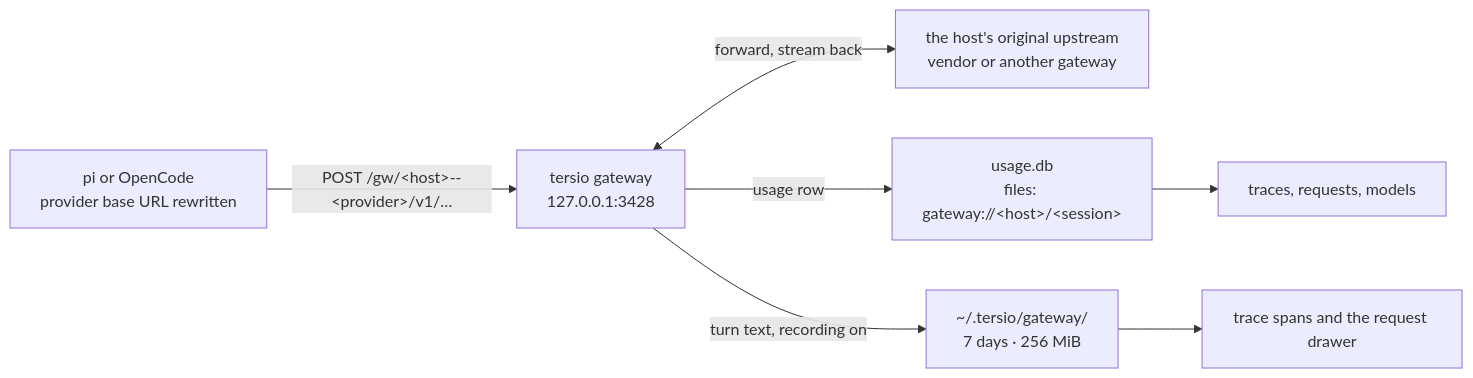
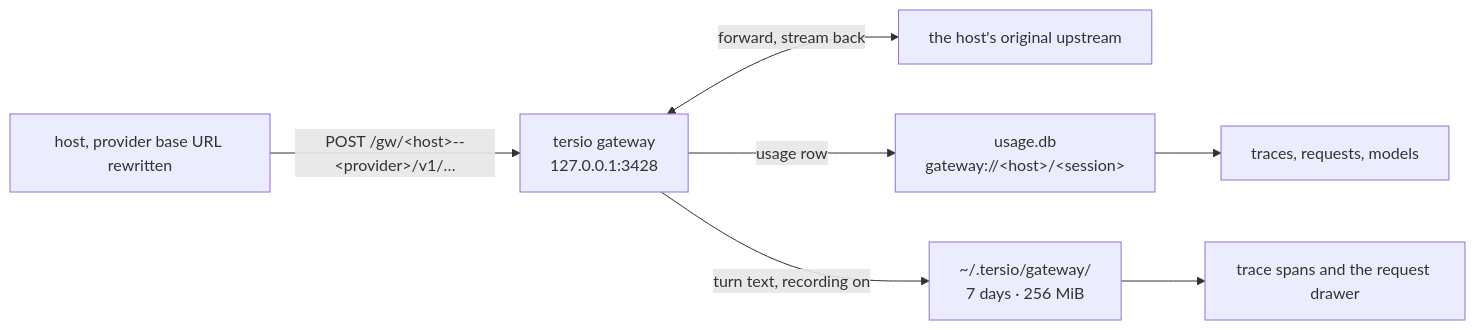
One commit to FrancoStino/tersio changed the ninth of 9 diagrams in docs/ARCHITECTURE.md. Above: the diagram before and after it, drawn with Mermaid. The commit also changed other lines of this file and 2 other files, not shown here.

Commit message:
docs: describe the gateway without naming hosts

````diff
--- a/docs/ARCHITECTURE.md
+++ b/docs/ARCHITECTURE.md
@@ -273,9 +273,9 @@
 ```mermaid
 flowchart LR
-  HOST["pi or OpenCode<br/>provider base URL rewritten"] -->|"POST /gw/&lt;host&gt;--&lt;provider&gt;/v1/…"| GW["tersio gateway<br/>127.0.0.1:3428"]
-  GW <-->|"forward, stream back"| UP["the host's original upstream<br/>vendor or another gateway"]
-  GW -->|"usage row"| DB["usage.db<br/>files: gateway://&lt;host&gt;/&lt;session&gt;"]
+  HOST["host, provider base URL rewritten"] -->|"POST /gw/&lt;host&gt;--&lt;provider&gt;/v1/…"| GW["tersio gateway<br/>127.0.0.1:3428"]
+  GW <-->|"forward, stream back"| UP["the host's original upstream"]
+  GW -->|"usage row"| DB["usage.db<br/>gateway://&lt;host&gt;/&lt;session&gt;"]
   GW -->|"turn text, recording on"| TURNS["~/.tersio/gateway/<br/>7 days · 256 MiB"]
   DB --> DASH["traces, requests, models"]
   TURNS --> TRACE["trace spans and the request drawer"]
 ```
````
